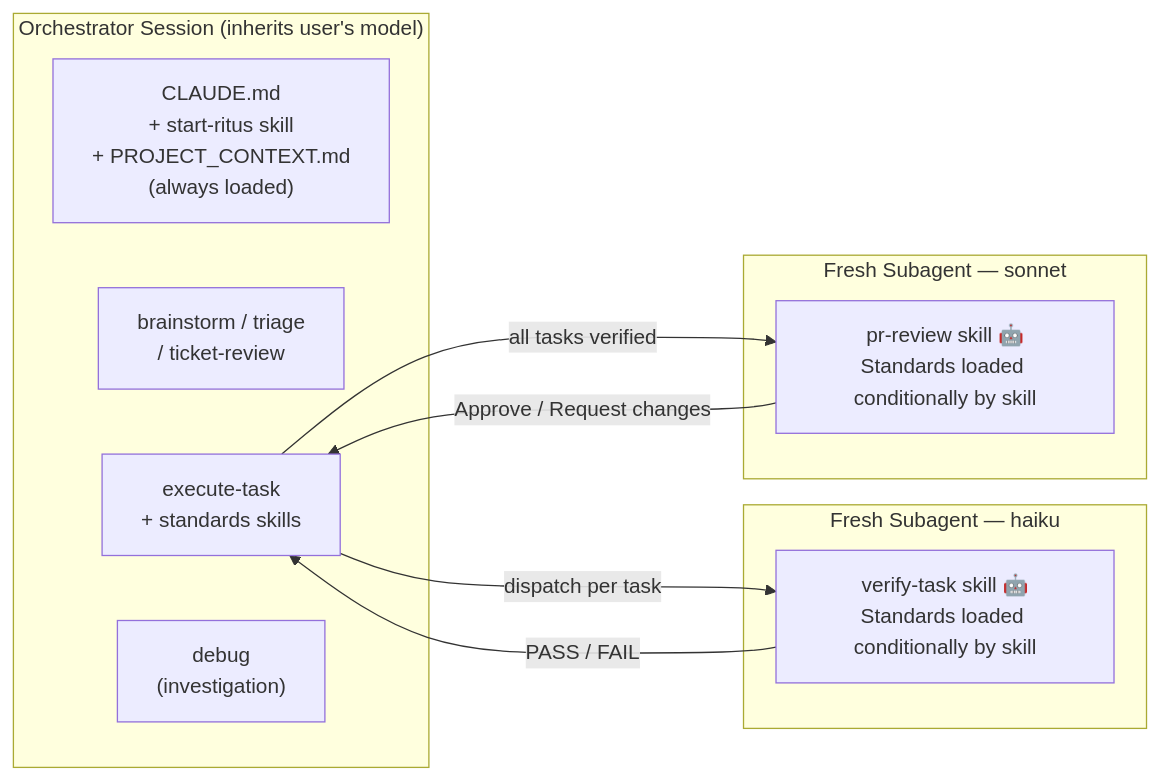
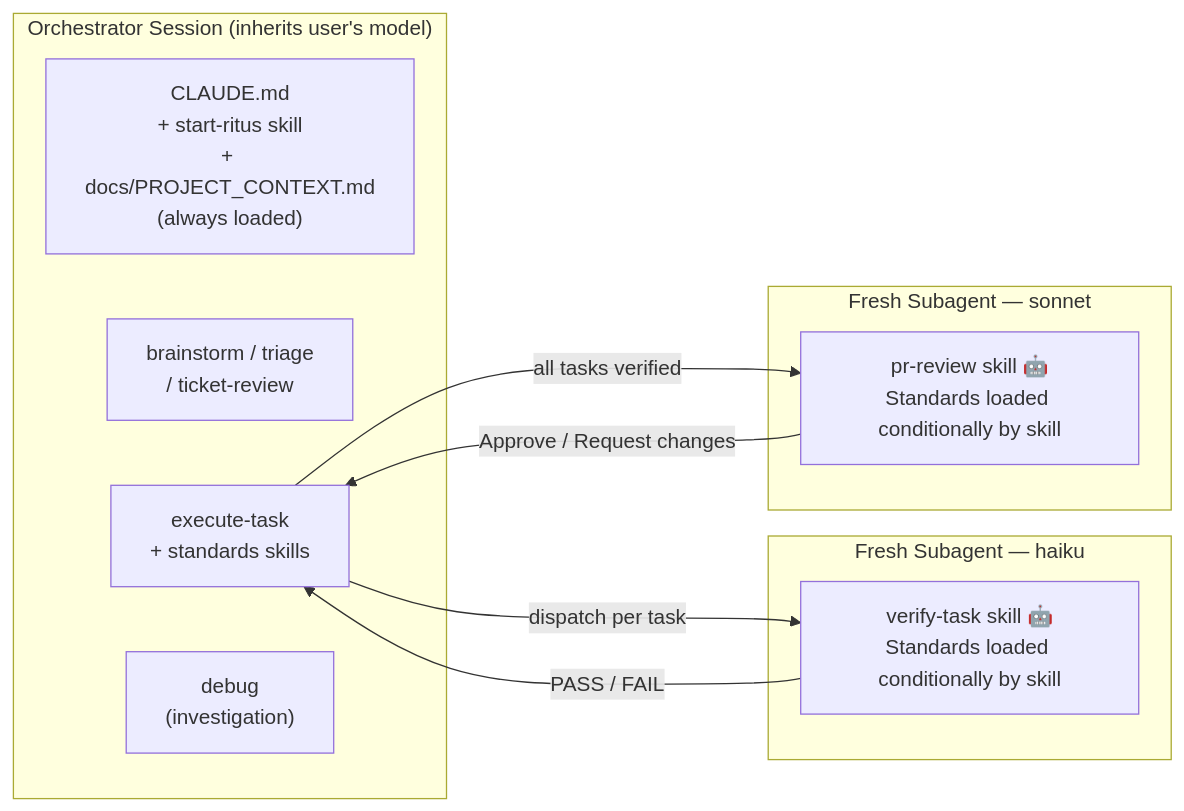
The fifth of 7 diagrams in docs/WORKFLOW_DIAGRAMS.md (precise-alloy/ritus), drawn with Mermaid before and after one commit. The commit also changed 12 other files, not shown here.

````diff
--- a/docs/WORKFLOW_DIAGRAMS.md
+++ b/docs/WORKFLOW_DIAGRAMS.md
@@ -159,22 +159,22 @@
 ```mermaid
 flowchart LR
     subgraph "Orchestrator Session (inherits user's model)"
-        A["CLAUDE.md\n+ start-ritus skill\n+ PROJECT_CONTEXT.md\n(always loaded)"]
+        A["CLAUDE.md\n+ start-ritus skill\n+ docs/PROJECT_CONTEXT.md\n(always loaded)"]
         B["brainstorm / triage\n/ ticket-review"]
         C["execute-task\n+ standards skills"]
         D["debug\n(investigation)"]
     end
 
     subgraph "Fresh Subagent — haiku"
         V["verify-task skill 🤖\nStandards loaded conditionally by skill"]
     end
 
     subgraph "Fresh Subagent — sonnet"
         R["pr-review skill 🤖\nStandards loaded conditionally by skill"]
     end
 
     C -- "dispatch per task" --> V
     V -- "PASS / FAIL" --> C
     C -- "all tasks verified" --> R
     R -- "Approve / Request changes" --> C
 ```
````
